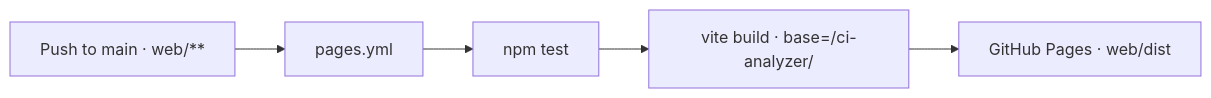
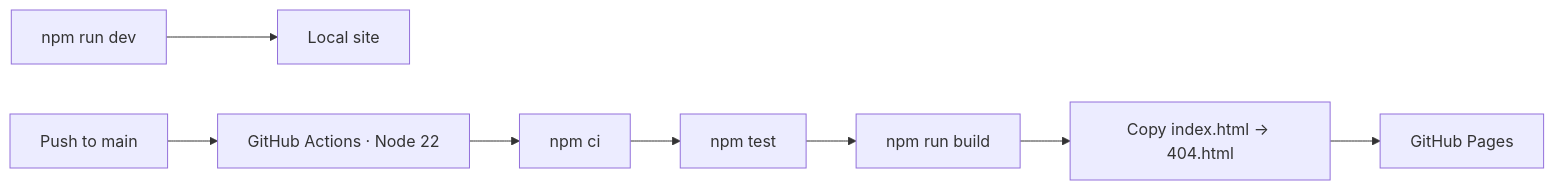
One commit to ibm-adarsh/ci-analyzer changed diagram 15 of 17 in ARCHITECTURE.md. Above: the diagram before and after it, drawn with Mermaid. The commit also changed other lines of this file and 7 other files, not shown here.

First line of the commit message:
Document architecture in plain language and cover inventory workflow analysis.

````diff
--- a/ARCHITECTURE.md
+++ b/ARCHITECTURE.md
@@ -160,7 +497,10 @@
 ```mermaid
 flowchart LR
-  Push[Push to main · web/**] --> CI[pages.yml]
-  CI --> Test[npm test]
-  Test --> Build[vite build · base=/ci-analyzer/]
-  Build --> Pages[GitHub Pages · web/dist]
+  Dev[npm run dev] --> Local[Local site]
+  Push[Push to main] --> CI[GitHub Actions · Node 22]
+  CI --> Install[npm ci]
+  Install --> Unit[npm test]
+  Unit --> Build[npm run build]
+  Build --> Copy[Copy index.html → 404.html]
+  Copy --> Pages[GitHub Pages]
 ```
````
